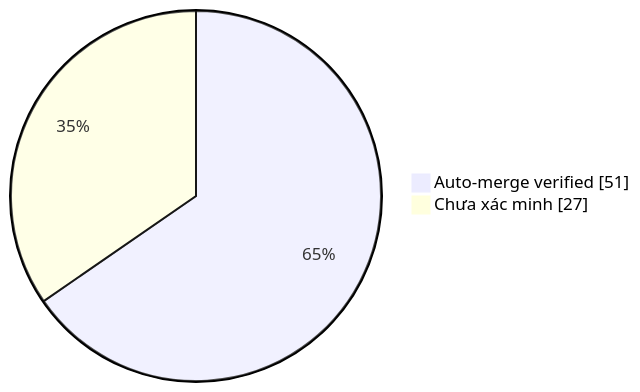
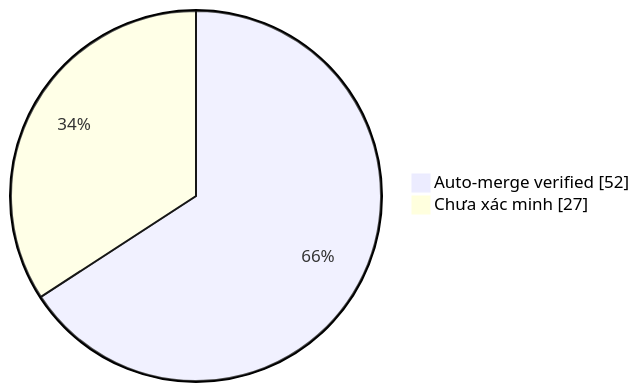
Before and after one commit to duykhang68/tetdinhmuiblog: the diagram in collector.md, drawn with Mermaid. The commit also changed other lines of this file and 1 other file, not shown here.

Commit message:
docs(collector): update auto-merge evidence dashboard

````diff
--- a/collector.md
+++ b/collector.md
@@ -22,5 +22,5 @@
 ```mermaid
 pie showData
-    "Auto-merge verified" : 51
+    "Auto-merge verified" : 52
     "Chưa xác minh" : 27
 ```
````
